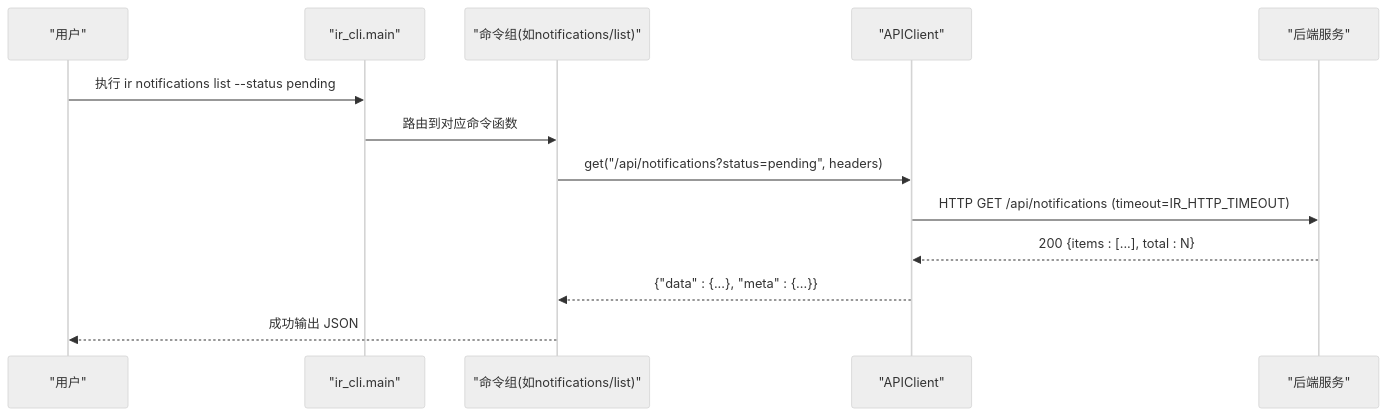
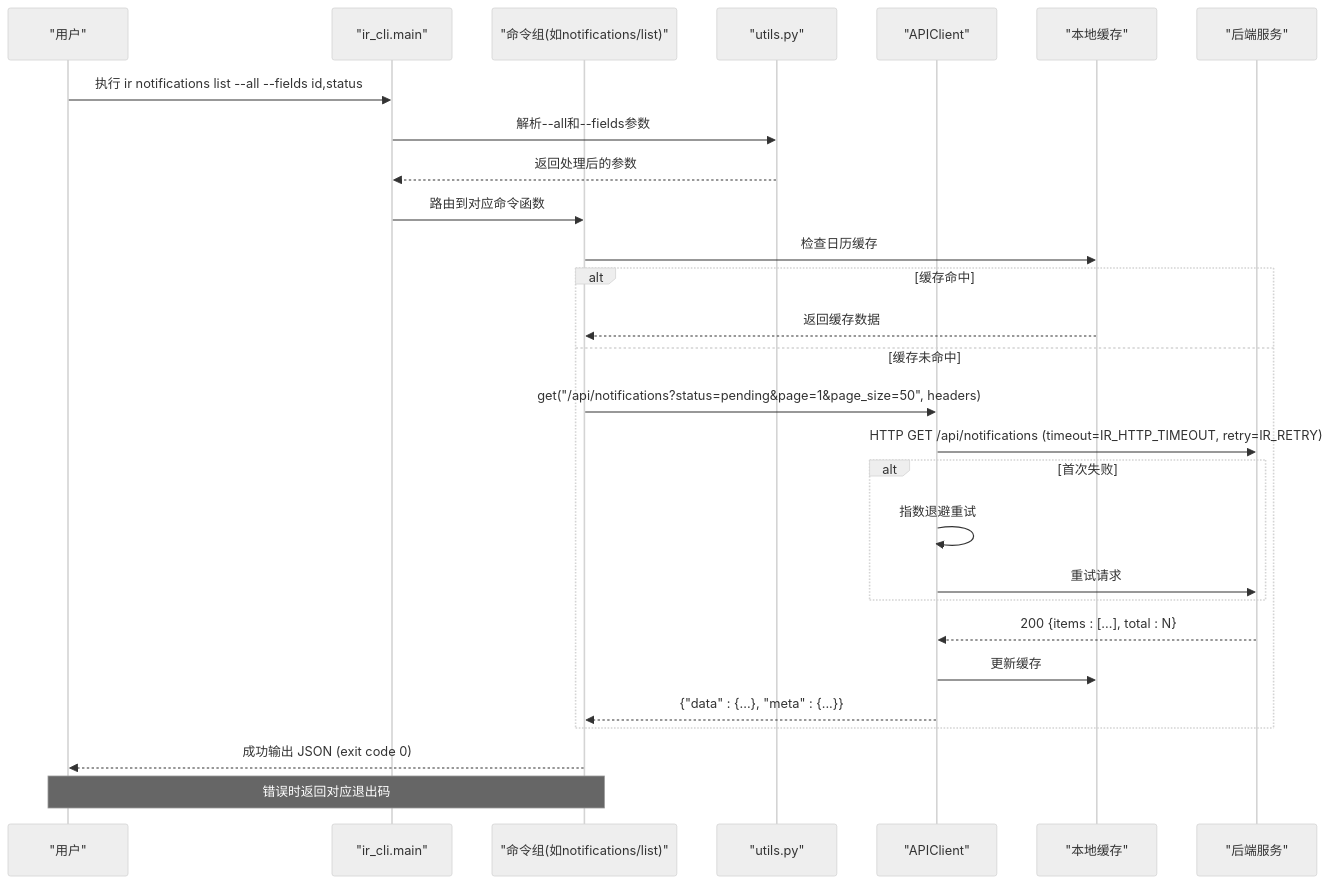
One commit to gujialind/InvestRing changed the second of 7 diagrams in .qoder/repowiki/zh/content/开发指南/InvestRing HTTP客户端CLI工具.md. Above: the diagram before and after it, drawn with Mermaid (neutral theme). The commit also changed other lines of this file and 8 other files, not shown here.

````diff
--- a/.qoder/repowiki/zh/content/开发指南/InvestRing HTTP客户端CLI工具.md
+++ b/.qoder/repowiki/zh/content/开发指南/InvestRing HTTP客户端CLI工具.md
@@ -103,15 +131,30 @@
 ```mermaid
 sequenceDiagram
 participant U as "用户"
 participant CLI as "ir_cli.main"
 participant CMD as "命令组(如notifications/list)"
+participant UTIL as "utils.py"
 participant C as "APIClient"
+participant CACHE as "本地缓存"
 participant S as "后端服务"
-U->>CLI : 执行 ir notifications list --status pending
+U->>CLI : 执行 ir notifications list --all --fields id,status
+CLI->>UTIL : 解析--all和--fields参数
+UTIL-->>CLI : 返回处理后的参数
 CLI->>CMD : 路由到对应命令函数
-CMD->>C : get("/api/notifications?status=pending", headers)
-C->>S : HTTP GET /api/notifications (timeout=IR_HTTP_TIMEOUT)
+CMD->>CACHE : 检查日历缓存
+alt 缓存命中
+CACHE-->>CMD : 返回缓存数据
+else 缓存未命中
+CMD->>C : get("/api/notifications?status=pending&page=1&page_size=50", headers)
+C->>S : HTTP GET /api/notifications (timeout=IR_HTTP_TIMEOUT, retry=IR_RETRY)
+alt 首次失败
+C->>C : 指数退避重试
+C->>S : 重试请求
+end
 S-->>C : 200 {items : [...], total : N}
+C->>CACHE : 更新缓存
 C-->>CMD : {"data" : {...}, "meta" : {...}}
-CMD-->>U : 成功输出 JSON
+end
+CMD-->>U : 成功输出 JSON (exit code 0)
+Note over CMD,U : 错误时返回对应退出码
 ```
````
